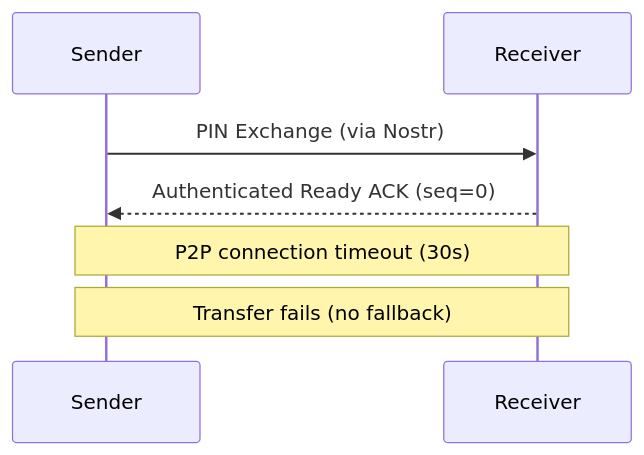
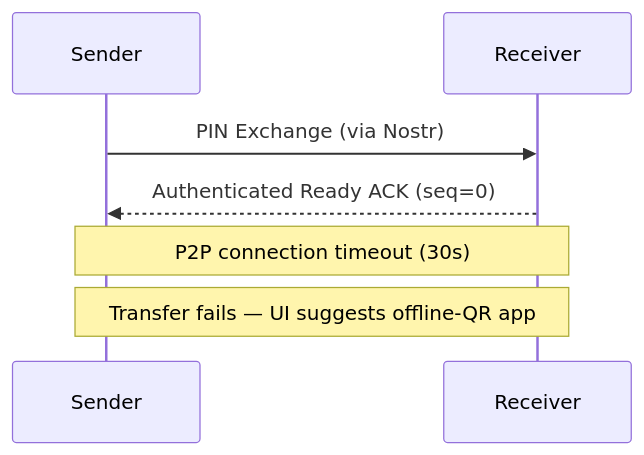
Before and after one commit to andrewtheguy/secure-send-web: the second of 4 diagrams in docs/ARCHITECTURE.md, drawn with Mermaid. The commit also changed other lines of this file and 1 other file, not shown here.

Commit message:
fix: enhance transfer failure messaging and suggest offline QR app

````diff
--- a/docs/ARCHITECTURE.md
+++ b/docs/ARCHITECTURE.md
@@ -47,9 +47,9 @@
 ```mermaid
 sequenceDiagram
     participant Sender
     participant Receiver
     Sender->>Receiver: PIN Exchange (via Nostr)
     Receiver-->>Sender: Authenticated Ready ACK (seq=0)
     Note over Sender,Receiver: P2P connection timeout (30s)
-    Note over Sender,Receiver: Transfer fails (no fallback)
+    Note over Sender,Receiver: Transfer fails — UI suggests offline-QR app
 ```
````
